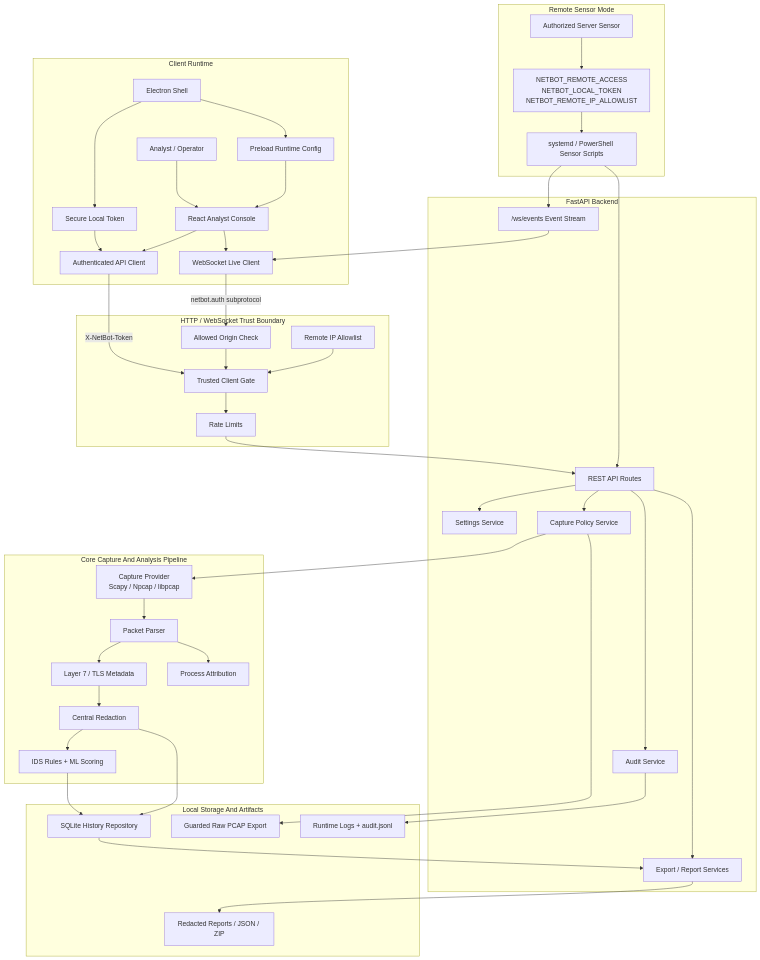
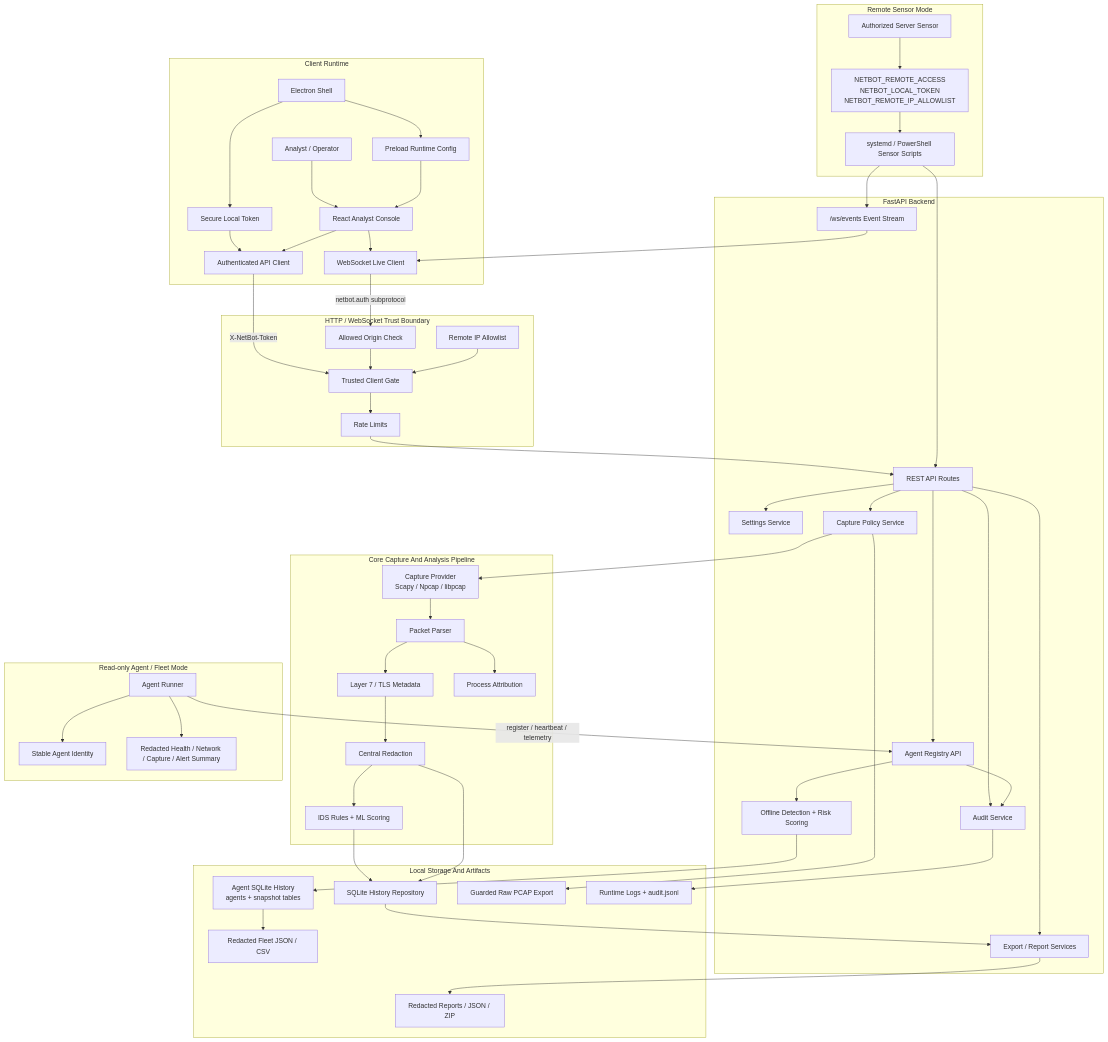
One commit to XploitGost/Netbotpro changed the diagram in docs/ARCHITECTURE.md. Above: the diagram before and after it, drawn with Mermaid. The commit also changed other lines of this file and 4 other files, not shown here.

Commit message:
Polish feature matrix and architecture

````diff
--- a/docs/ARCHITECTURE.md
+++ b/docs/ARCHITECTURE.md
@@ -38,6 +42,8 @@
         Events["/ws/events Event Stream"]
         Settings["Settings Service"]
         CapturePolicy["Capture Policy Service"]
+        AgentAPI["Agent Registry API"]
+        AgentRisk["Offline Detection + Risk Scoring"]
         Audit["Audit Service"]
         ExportService["Export / Report Services"]
     end
@@ -53,7 +59,9 @@
 
     subgraph Storage["Local Storage And Artifacts"]
         History["SQLite History Repository"]
+        AgentHistory["Agent SQLite History<br/>agents + snapshot tables"]
         Reports["Redacted Reports / JSON / ZIP"]
+        FleetReports["Redacted Fleet JSON / CSV"]
         RawPcap["Guarded Raw PCAP Export"]
         Logs["Runtime Logs + audit.jsonl"]
     end
@@ -62,6 +70,12 @@
         SensorHost["Authorized Server Sensor"]
         Env["NETBOT_REMOTE_ACCESS<br/>NETBOT_LOCAL_TOKEN<br/>NETBOT_REMOTE_IP_ALLOWLIST"]
         Service["systemd / PowerShell Sensor Scripts"]
+    end
+
+    subgraph Fleet["Read-only Agent / Fleet Mode"]
+        AgentRunner["Agent Runner"]
+        AgentIdentity["Stable Agent Identity"]
+        AgentSummary["Redacted Health / Network / Capture / Alert Summary"]
     end
 
     Analyst --> Frontend
@@ -78,6 +92,7 @@
     Routes --> CapturePolicy
     Routes --> ExportService
     Routes --> Audit
+    Routes --> AgentAPI
     Events --> LiveClient
     CapturePolicy --> Provider
     Provider --> Parser --> Layer7 --> Redaction
@@ -90,4 +105,9 @@
     Audit --> Logs
     SensorHost --> Env --> Service --> Routes
     Service --> Events
+    AgentRunner --> AgentIdentity
+    AgentRunner --> AgentSummary
+    AgentRunner -->|"register / heartbeat / telemetry"| AgentAPI
+    AgentAPI --> AgentRisk --> AgentHistory --> FleetReports
+    AgentAPI --> Audit
 ```
````
